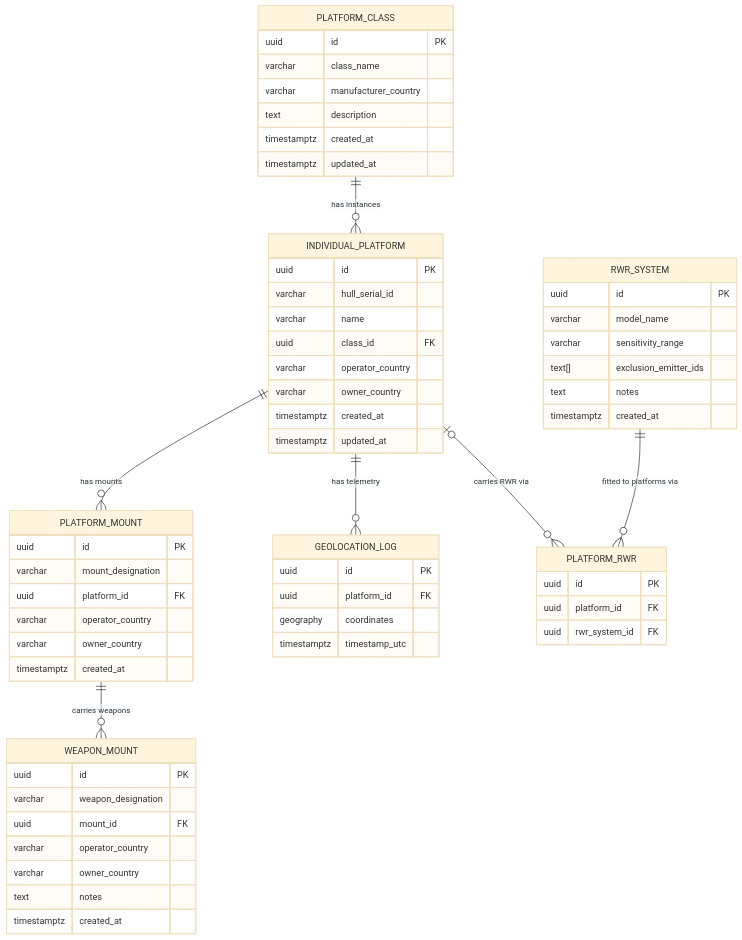
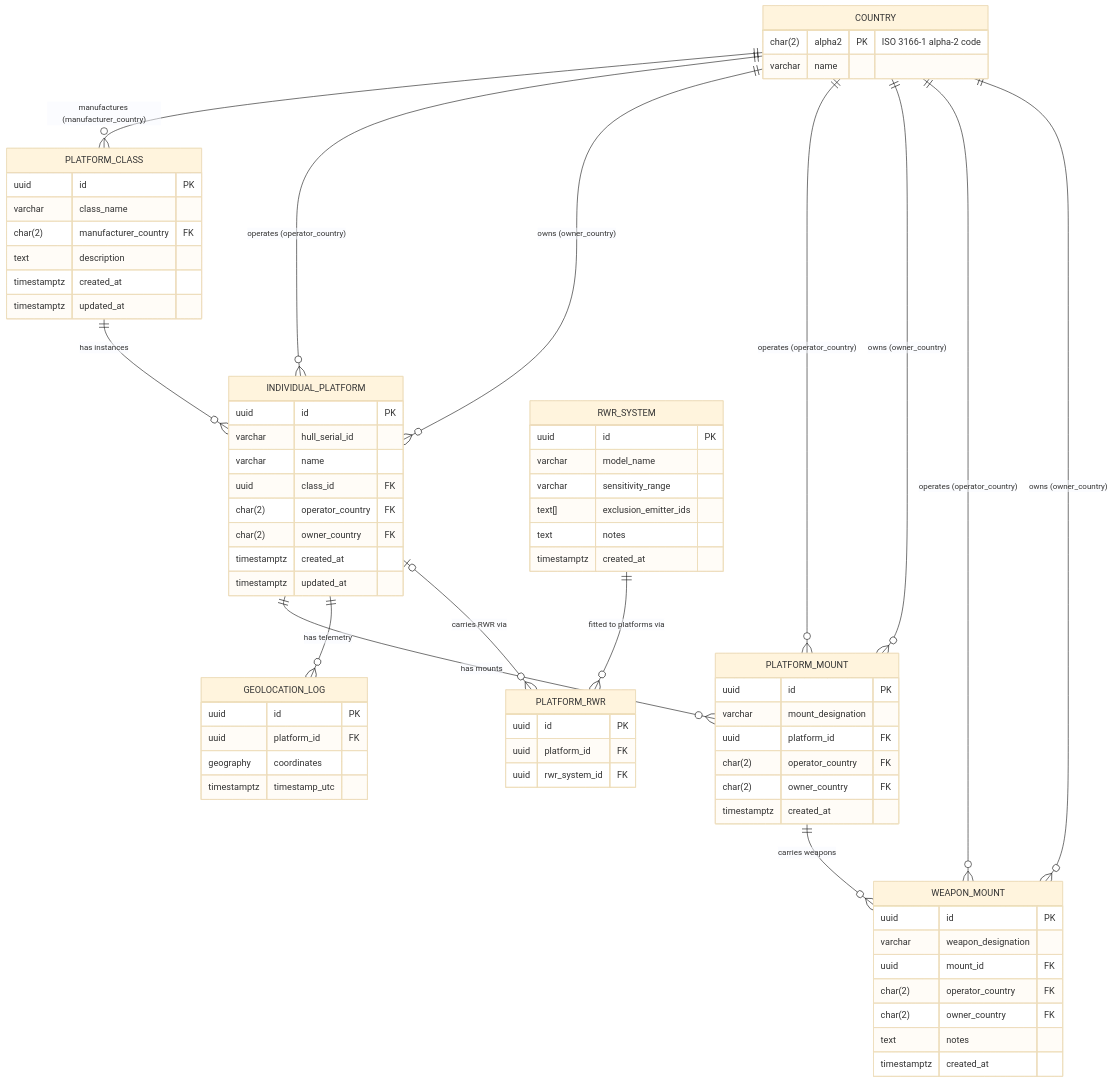
Before and after one commit to DXCSithlordPadawan/curator: the second of 3 diagrams in docs/ARCHITECTURE.md, drawn with Mermaid (base theme). The commit also changed other lines of this file and 12 other files, not shown here.

First line of the commit message:
feat: add ISO 3166-1 country table, enforce FK constraints, update architecture doc

````diff
--- a/docs/ARCHITECTURE.md
+++ b/docs/ARCHITECTURE.md
@@ -85,64 +88,75 @@
 ```mermaid
 erDiagram
+    COUNTRY {
+        char(2) alpha2 PK "ISO 3166-1 alpha-2 code"
+        varchar name
+    }
     PLATFORM_CLASS {
         uuid id PK
         varchar class_name
-        varchar manufacturer_country
+        char(2) manufacturer_country FK
         text description
         timestamptz created_at
         timestamptz updated_at
     }
     INDIVIDUAL_PLATFORM {
         uuid id PK
         varchar hull_serial_id
         varchar name
         uuid class_id FK
-        varchar operator_country
-        varchar owner_country
+        char(2) operator_country FK
+        char(2) owner_country FK
         timestamptz created_at
         timestamptz updated_at
     }
     PLATFORM_MOUNT {
         uuid id PK
         varchar mount_designation
         uuid platform_id FK
-        varchar operator_country
-        varchar owner_country
+        char(2) operator_country FK
+        char(2) owner_country FK
         timestamptz created_at
     }
     WEAPON_MOUNT {
         uuid id PK
         varchar weapon_designation
         uuid mount_id FK
-        varchar operator_country
-        varchar owner_country
+        char(2) operator_country FK
+        char(2) owner_country FK
         text notes
         timestamptz created_at
     }
     RWR_SYSTEM {
         uuid id PK
         varchar model_name
         varchar sensitivity_range
         text[] exclusion_emitter_ids
         text notes
         timestamptz created_at
     }
     PLATFORM_RWR {
         uuid id PK
         uuid platform_id FK
         uuid rwr_system_id FK
     }
     GEOLOCATION_LOG {
         uuid id PK
         uuid platform_id FK
         geography coordinates
         timestamptz timestamp_utc
     }
 
+    COUNTRY                ||--o{ PLATFORM_CLASS      : "manufactures (manufacturer_country)"
+    COUNTRY                ||--o{ INDIVIDUAL_PLATFORM  : "operates (operator_country)"
+    COUNTRY                ||--o{ INDIVIDUAL_PLATFORM  : "owns (owner_country)"
+    COUNTRY                ||--o{ PLATFORM_MOUNT       : "operates (operator_country)"
+    COUNTRY                ||--o{ PLATFORM_MOUNT       : "owns (owner_country)"
+    COUNTRY                ||--o{ WEAPON_MOUNT         : "operates (operator_country)"
+    COUNTRY                ||--o{ WEAPON_MOUNT         : "owns (owner_country)"
     PLATFORM_CLASS         ||--o{ INDIVIDUAL_PLATFORM : "has instances"
     INDIVIDUAL_PLATFORM    ||--o{ PLATFORM_MOUNT      : "has mounts"
     INDIVIDUAL_PLATFORM    ||--o{ GEOLOCATION_LOG     : "has telemetry"
     INDIVIDUAL_PLATFORM    |o--o{ PLATFORM_RWR        : "carries RWR via"
     RWR_SYSTEM             ||--o{ PLATFORM_RWR        : "fitted to platforms via"
     PLATFORM_MOUNT         ||--o{ WEAPON_MOUNT        : "carries weapons"
 ```
````
